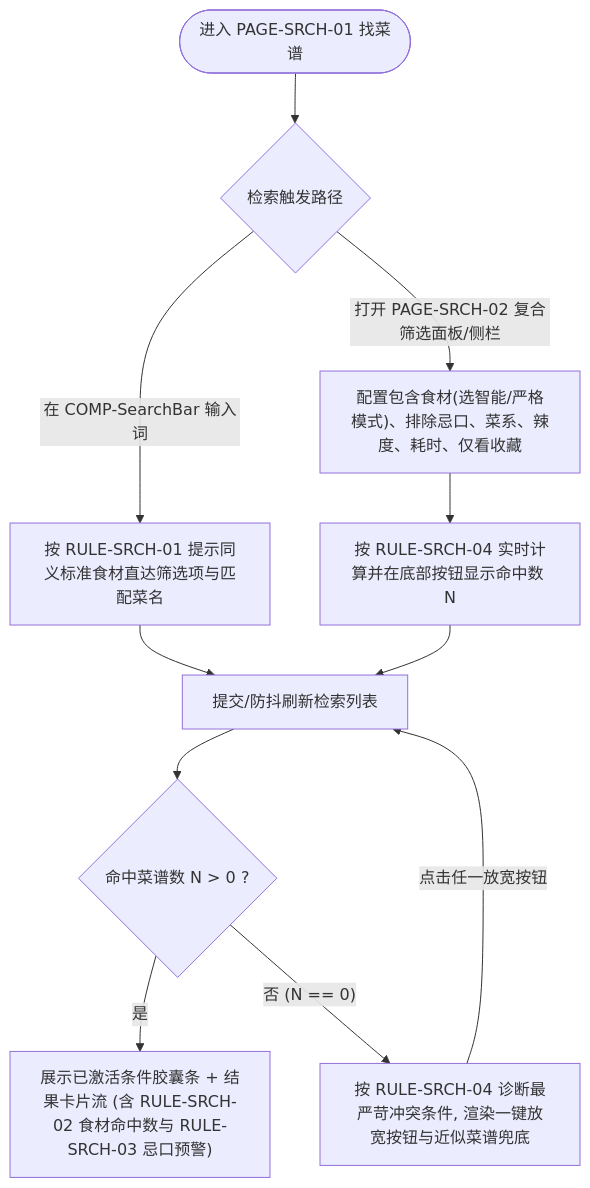
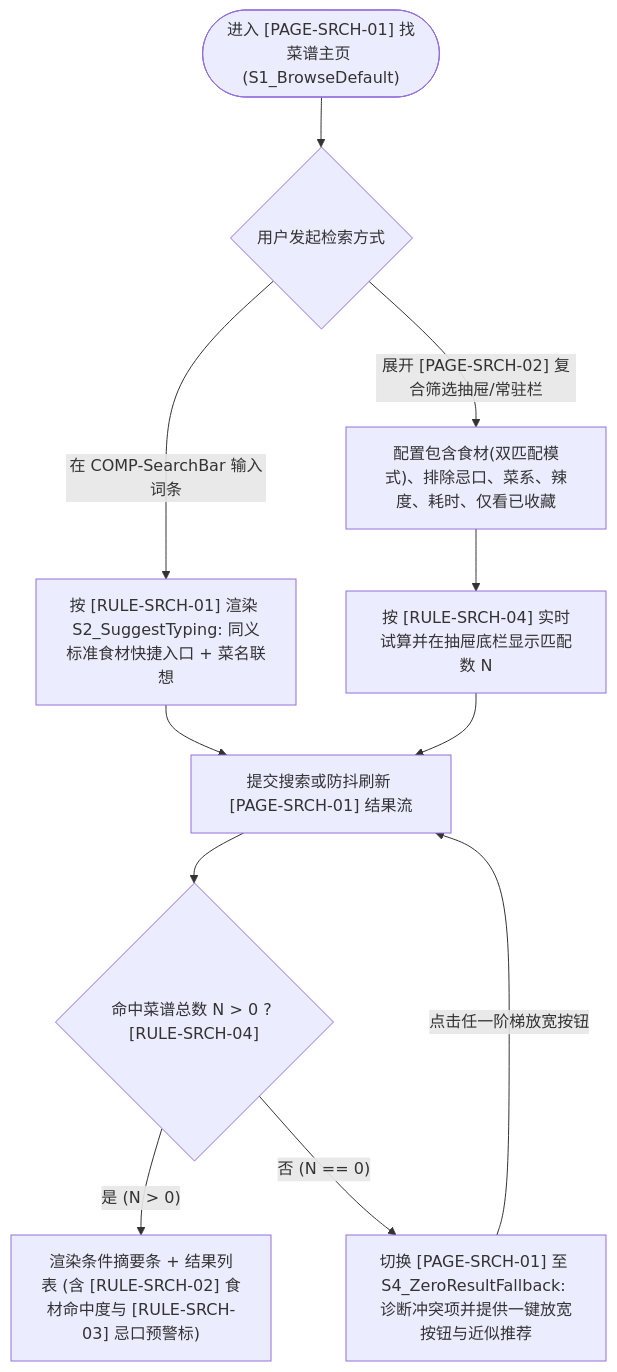
The first of 2 diagrams in Product/spec/04-ia-and-flows/flows/search-and-collection.md (icecream154/Cookbook), drawn with Mermaid before and after one commit. The commit also changed other lines of this file and 28 other files, not shown here.

Commit message:
feat: update ia and flows doc

````diff
--- a/Product/spec/04-ia-and-flows/flows/search-and-collection.md
+++ b/Product/spec/04-ia-and-flows/flows/search-and-collection.md
@@ -8,14 +11,14 @@
 ```mermaid
 flowchart TD
-    OPEN(["进入 PAGE-SRCH-01 找菜谱"]) --> INPUT_OR_FILTER{"检索触发路径"}
-    INPUT_OR_FILTER -- "在 COMP-SearchBar 输入词" --> SUGGEST["按 RULE-SRCH-01 提示同义标准食材直达筛选项与匹配菜名"]
-    INPUT_OR_FILTER -- "打开 PAGE-SRCH-02 复合筛选面板/侧栏" --> CONFIG_F["配置包含食材(选智能/严格模式)、排除忌口、菜系、辣度、耗时、仅看收藏"]
+    OPEN(["进入 [PAGE-SRCH-01] 找菜谱主页 (S1_BrowseDefault)"]) --> INPUT_OR_FILTER{"用户发起检索方式"}
+    INPUT_OR_FILTER -- "在 COMP-SearchBar 输入词条" --> SUGGEST["按 [RULE-SRCH-01] 渲染 S2_SuggestTyping: 同义标准食材快捷入口 + 菜名联想"]
+    INPUT_OR_FILTER -- "展开 [PAGE-SRCH-02] 复合筛选抽屉/常驻栏" --> CONFIG_F["配置包含食材(双匹配模式)、排除忌口、菜系、辣度、耗时、仅看已收藏"]
 
-    CONFIG_F --> PREVIEW_N["按 RULE-SRCH-04 实时计算并在底部按钮显示命中数 N"]
-    SUGGEST & PREVIEW_N --> EXEC["提交/防抖刷新检索列表"]
+    CONFIG_F --> PREVIEW_N["按 [RULE-SRCH-04] 实时试算并在抽屉底栏显示匹配数 N"]
+    SUGGEST & PREVIEW_N --> EXEC["提交搜索或防抖刷新 [PAGE-SRCH-01] 结果流"]
 
-    EXEC --> CHECK_N{"命中菜谱数 N > 0 ?"}
-    CHECK_N -- "是" --> RENDER_LIST["展示已激活条件胶囊条 + 结果卡片流 (含 RULE-SRCH-02 食材命中数与 RULE-SRCH-03 忌口预警)"]
-    CHECK_N -- "否 (N == 0)" --> FALLBACK["按 RULE-SRCH-04 诊断最严苛冲突条件, 渲染一键放宽按钮与近似菜谱兜底"]
-    FALLBACK -- "点击任一放宽按钮" --> EXEC
+    EXEC --> CHECK_N{"命中菜谱总数 N > 0 ? [RULE-SRCH-04]"}
+    CHECK_N -- "是 (N > 0)" --> RENDER_LIST["渲染条件摘要条 + 结果列表 (含 [RULE-SRCH-02] 食材命中度与 [RULE-SRCH-03] 忌口预警标)"]
+    CHECK_N -- "否 (N == 0)" --> FALLBACK["切换 [PAGE-SRCH-01] 至 S4_ZeroResultFallback: 诊断冲突项并提供一键放宽按钮与近似推荐"]
+    FALLBACK -- "点击任一阶梯放宽按钮" --> EXEC
 ```
````
